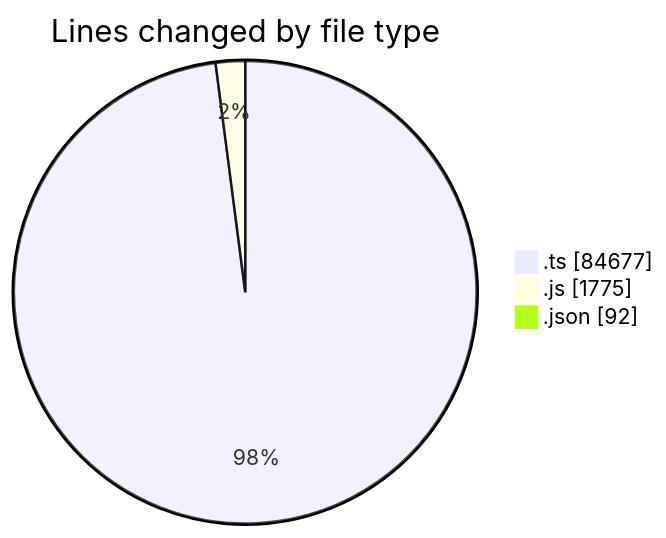
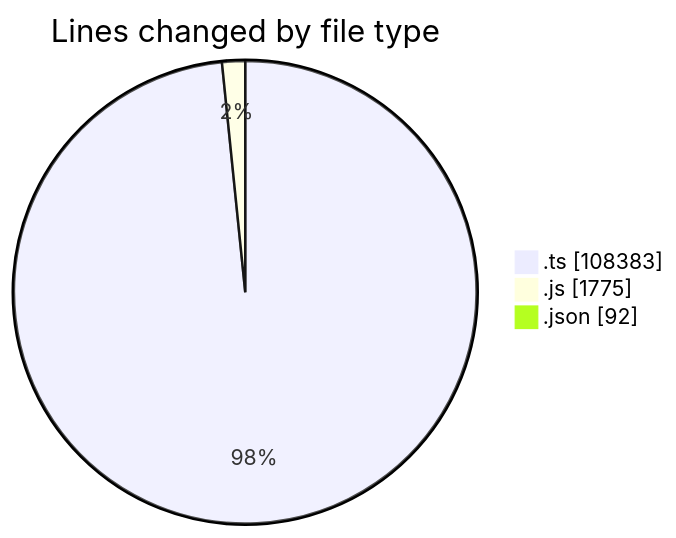
One commit to momahboobian/code-tracking changed the first of 2 diagrams in 2025-09-29/cda/README.md. Above: the diagram before and after it, drawn with Mermaid. The commit also changed other lines of this file and 1 other file, not shown here.

````diff
--- a/2025-09-29/cda/README.md
+++ b/2025-09-29/cda/README.md
@@ -39,7 +42,7 @@
 ```mermaid
 pie showData
 title Lines changed by file type
-".ts" : 84677
+".ts" : 108383
 ".js" : 1775
 ".json" : 92
 ```
````
